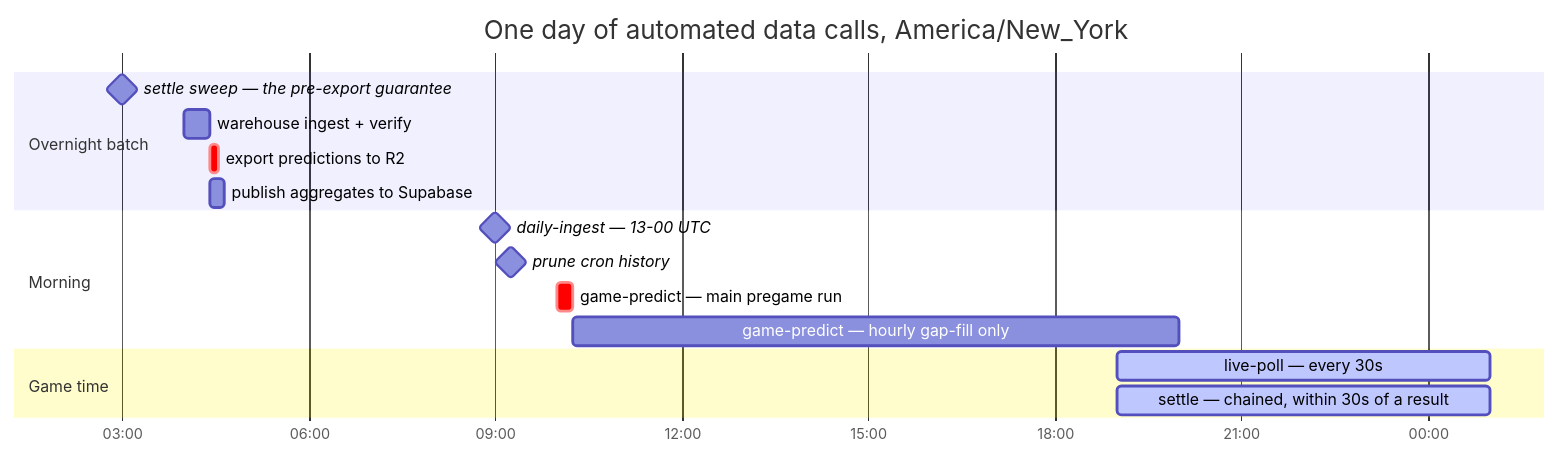
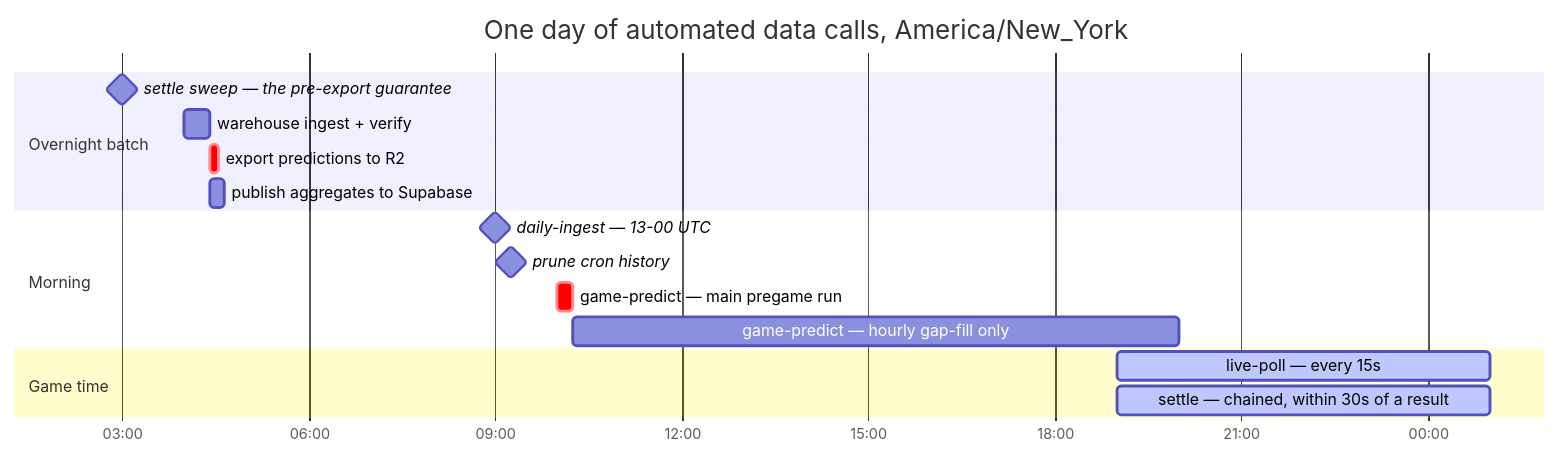
One commit to danielmac96/pitch-hawk changed the second of 3 diagrams in docs/DATA-OPERATIONS.md. Above: the diagram before and after it, drawn with Mermaid. The commit also changed other lines of this file and 12 other files, not shown here.

````diff
--- a/docs/DATA-OPERATIONS.md
+++ b/docs/DATA-OPERATIONS.md
@@ -168,22 +171,22 @@
 ```mermaid
 gantt
     title One day of automated data calls, America/New_York
     dateFormat HH:mm
     axisFormat %H:%M
 
     section Overnight batch
     settle sweep — the pre-export guarantee  :milestone, sw, 03:00, 0m
     warehouse ingest + verify                :wi, 04:00, 25m
     export predictions to R2                 :crit, ex, 04:25, 8m
     publish aggregates to Supabase           :wp, 04:25, 14m
 
     section Morning
     daily-ingest — 13-00 UTC                 :milestone, di, 09:00, 0m
     prune cron history                       :milestone, pc, 09:15, 0m
     game-predict — main pregame run          :crit, gp, 10:00, 15m
     game-predict — hourly gap-fill only      :gf, 10:15, 585m
 
     section Game time
-    live-poll — every 30s                    :active, lp, 19:00, 360m
+    live-poll — every 15s                    :active, lp, 19:00, 360m
     settle — chained, within 30s of a result :active, st, 19:00, 360m
 ```
````
